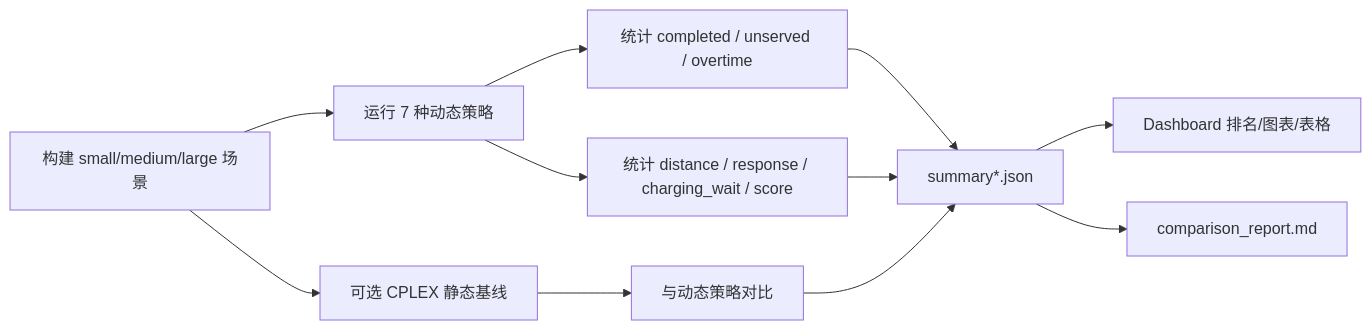
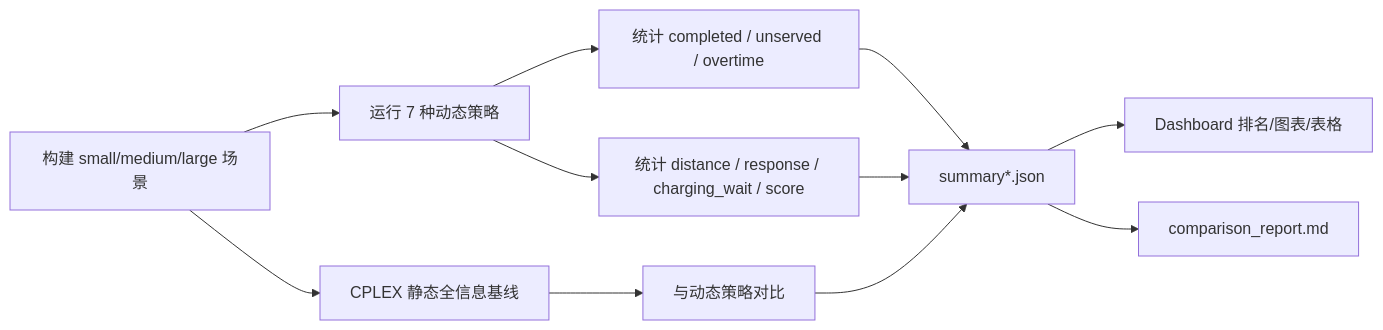
Before and after one commit to pytenter/Car-transporting-system: the third of 3 diagrams in README.md, drawn with Mermaid. The commit also changed other lines of this file and 5 other files, not shown here.

````diff
--- a/README.md
+++ b/README.md
@@ -108,13 +108,13 @@
 ```mermaid
 flowchart LR
     S1[构建 small/medium/large 场景] --> S2[运行 7 种动态策略]
     S2 --> S3[统计 completed / unserved / overtime]
     S2 --> S4[统计 distance / response / charging_wait / score]
-    S1 --> S5[可选 CPLEX 静态基线]
+    S1 --> S5[CPLEX 静态全信息基线]
     S5 --> S6[与动态策略对比]
     S3 --> S7[summary*.json]
     S4 --> S7
     S6 --> S7
     S7 --> S8[Dashboard 排名/图表/表格]
     S7 --> S9[comparison_report.md]
 ```
````
